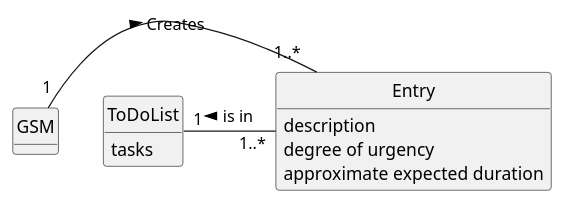
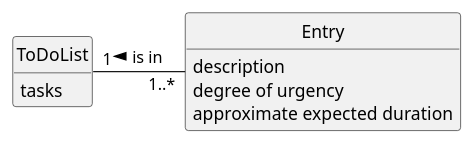
The diagram in docs/sprintC/us021/02.analysis/puml/us021-domain-model.puml (ricardomm7/leaflink), drawn with PlantUML before and after one commit.

Commit message:
#125 US021 domain model

```diff
--- a/docs/sprintC/us021/02.analysis/puml/us021-domain-model.puml
+++ b/docs/sprintC/us021/02.analysis/puml/us021-domain-model.puml
@@ -1,29 +1,25 @@
 @startuml
 skinparam monochrome true
 skinparam packageStyle rectangle
 skinparam shadowing false
 
 'left to right direction
 
 skinparam classAttributeIconSize 0
 
 hide circle
 hide methods
 
 
-class GSM {
-}
-
 class Entry {
     description
     degree of urgency
     approximate expected duration
 }
 
 class ToDoList {
     tasks
 }
 
-GSM "1" - "1..*" Entry : Creates >
 ToDoList "1" -"1..*" Entry: is in <
 @enduml
```
